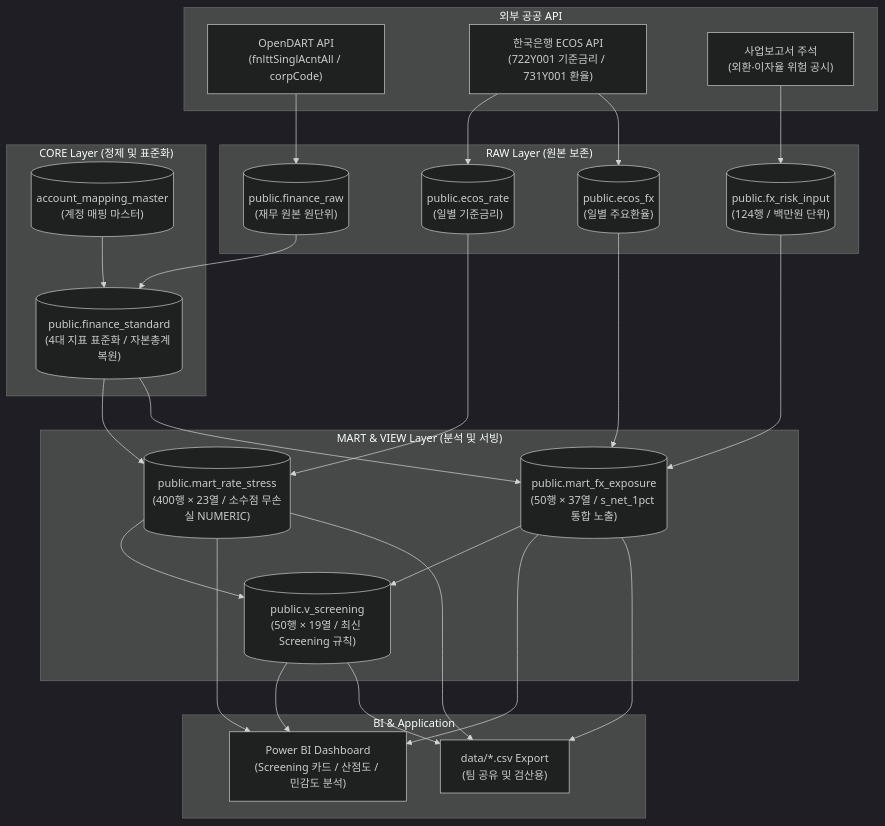
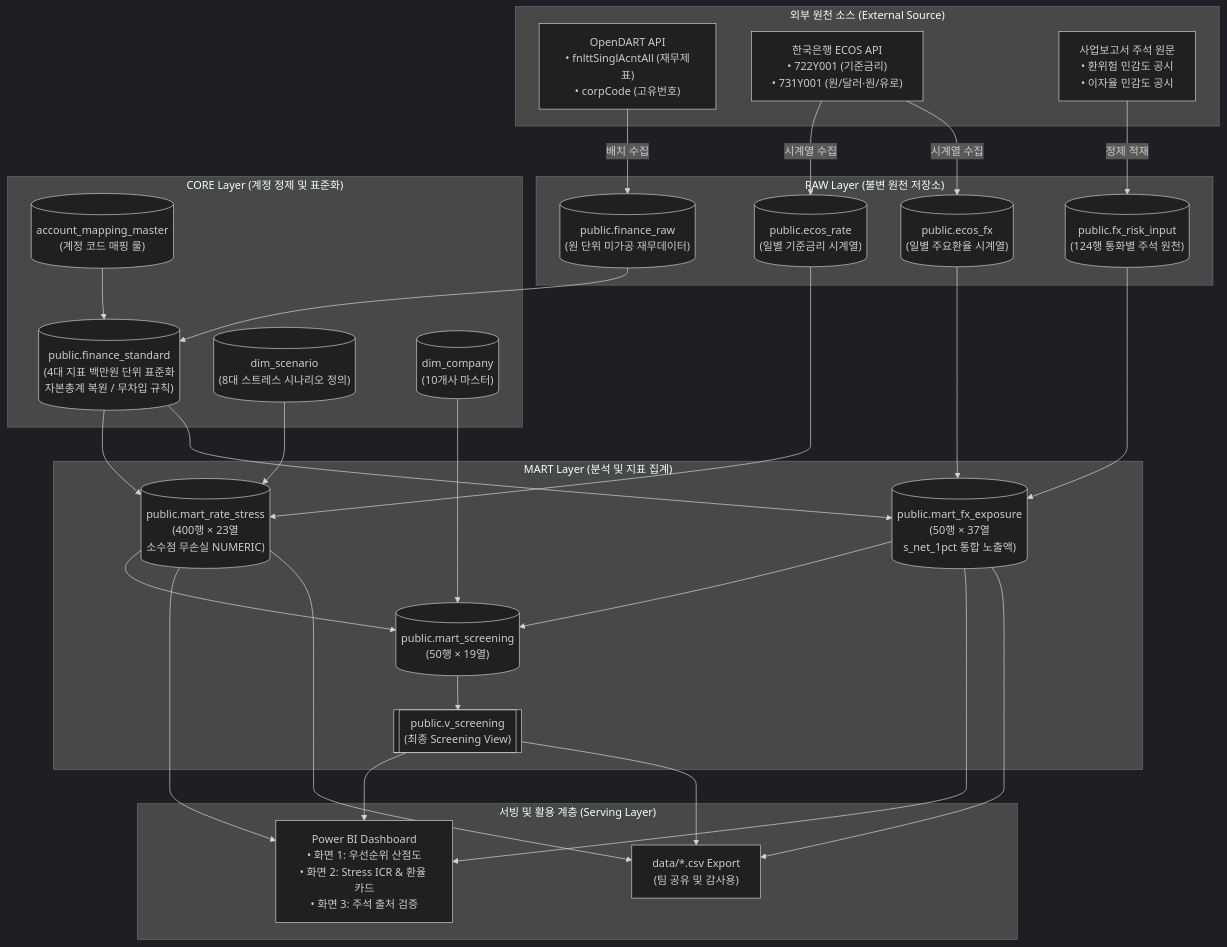
The diagram in README.md (inaegim38-jpg/auto-credit-risk-screening), drawn with Mermaid (dark theme) before and after one commit. The commit also changed other lines of this file and 1 other file, not shown here.

Commit message:
docs: enrich README with comprehensive specs and add team data engineering report

````diff
--- a/README.md
+++ b/README.md
@@ -39,44 +61,46 @@
 ```mermaid
 flowchart TD
-    subgraph External_API ["외부 공공 API"]
-        DART["OpenDART API\n(fnlttSinglAcntAll / corpCode)"]
-        ECOS["한국은행 ECOS API\n(722Y001 기준금리 / 731Y001 환율)"]
-        NOTE["사업보고서 주석\n(외환·이자율 위험 공시)"]
+    subgraph EXT ["외부 원천 소스 (External Source)"]
+        DART_API["OpenDART API\n• fnlttSinglAcntAll (재무제표)\n• corpCode (고유번호)"]
+        ECOS_API["한국은행 ECOS API\n• 722Y001 (기준금리)\n• 731Y001 (원/달러·원/유로)"]
+        NOTES["사업보고서 주석 원문\n• 환위험 민감도 공시\n• 이자율 민감도 공시"]
     end
 
-    subgraph RAW_Layer ["RAW Layer (원본 보존)"]
-        F_RAW[("public.finance_raw\n(재무 원본 원단위)")]
-        E_RATE[("public.ecos_rate\n(일별 기준금리)")]
-        E_FX[("public.ecos_fx\n(일별 주요환율)")]
-        FX_IN[("public.fx_risk_input\n(124행 / 백만원 단위)")]
+    subgraph RAW ["RAW Layer (불변 원천 저장소)"]
+        F_RAW[("public.finance_raw\n(원 단위 미가공 재무데이터)")]
+        E_RATE[("public.ecos_rate\n(일별 기준금리 시계열)")]
+        E_FX[("public.ecos_fx\n(일별 주요환율 시계열)")]
+        FX_IN[("public.fx_risk_input\n(124행 통화별 주석 원천)")]
     end
 
-    subgraph CORE_Layer ["CORE Layer (정제 및 표준화)"]
-        MAP[("account_mapping_master\n(계정 매핑 마스터)")]
-        F_STD[("public.finance_standard\n(4대 지표 표준화 / 자본총계 복원)")]
+    subgraph CORE ["CORE Layer (계정 정제 및 표준화)"]
+        MAP_MST[("account_mapping_master\n(계정 코드 매핑 룰)")]
+        F_STD[("public.finance_standard\n(4대 지표 백만원 단위 표준화\n자본총계 복원 / 무차입 규칙)")]
+        SCENARIO[("dim_scenario\n(8대 스트레스 시나리오 정의)")]
+        COMPANY[("dim_company\n(10개사 마스터)")]
     end
 
-    subgraph MART_Layer ["MART & VIEW Layer (분석 및 서빙)"]
-        M_RATE[("public.mart_rate_stress\n(400행 × 23열 / 소수점 무손실 NUMERIC)")]
-        M_FX[("public.mart_fx_exposure\n(50행 × 37열 / s_net_1pct 통합 노출)")]
-        V_SCR[("public.v_screening\n(50행 × 19열 / 최신 Screening 규칙)")]
+    subgraph MART ["MART Layer (분석 및 지표 집계)"]
+        M_RATE[("public.mart_rate_stress\n(400행 × 23열\n소수점 무손실 NUMERIC)")]
+        M_FX[("public.mart_fx_exposure\n(50행 × 37열\ns_net_1pct 통합 노출액)")]
+        M_SCR[("public.mart_screening\n(50행 × 19열)")]
+        V_SCR[["public.v_screening\n(최종 Screening View)"]]
     end
 
-    subgraph Serving ["BI & Application"]
-        PBI["Power BI Dashboard\n(Screening 카드 / 산점도 / 민감도 분석)"]
-        CSV_OUT["data/*.csv Export\n(팀 공유 및 검산용)"]
+    subgraph BI ["서빙 및 활용 계층 (Serving Layer)"]
+        PBI["Power BI Dashboard\n• 화면 1: 우선순위 산점도\n• 화면 2: Stress ICR & 환율 카드\n• 화면 3: 주석 출처 검증"]
+        CSV_EXP["data/*.csv Export\n(팀 공유 및 감사용)"]
     end
 
-    DART --> F_RAW
-    ECOS --> E_RATE
-    ECOS --> E_FX
-    NOTE --> FX_IN
+    DART_API -->|배치 수집| F_RAW
+    ECOS_API -->|시계열 수집| E_RATE & E_FX
+    NOTES -->|정제 적재| FX_IN
 
-    F_RAW & MAP --> F_STD
-    F_STD & E_RATE --> M_RATE
+    F_RAW & MAP_MST --> F_STD
+    F_STD & SCENARIO & E_RATE --> M_RATE
     F_STD & FX_IN & E_FX --> M_FX
-    M_RATE & M_FX --> V_SCR
+    M_RATE & M_FX & COMPANY --> M_SCR --> V_SCR
 
     V_SCR & M_RATE & M_FX --> PBI
-    V_SCR & M_RATE & M_FX --> CSV_OUT
+    V_SCR & M_RATE & M_FX --> CSV_EXP
 ```
````
